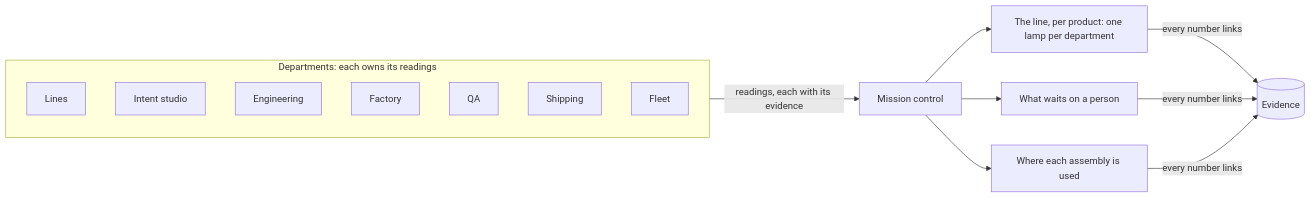
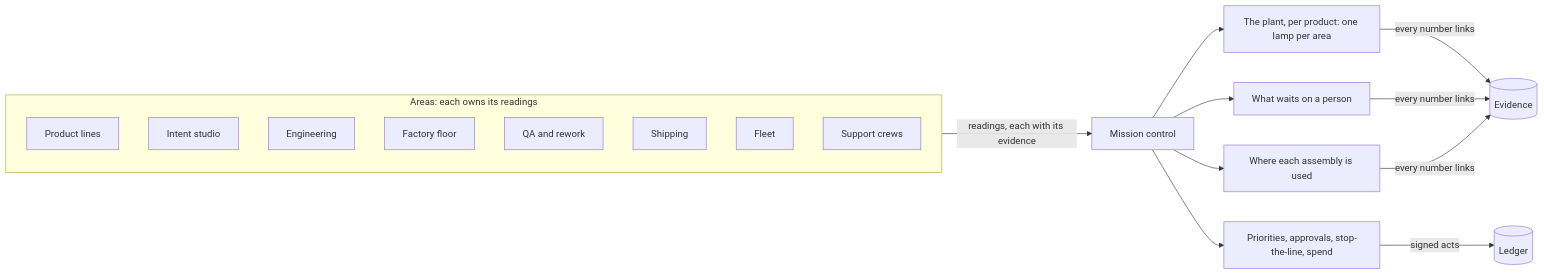
Before and after one commit to russlittle/ZTHR: the second of 4 diagrams in intent/papers/mission-control.md, drawn with Mermaid. The commit also changed other lines of this file and 13 other files, not shown here.

First line of the commit message:
Papers: one plant, thirteen areas in five groups

````diff
--- a/intent/papers/mission-control.md
+++ b/intent/papers/mission-control.md
@@ -23,17 +49,20 @@
 ```mermaid
 flowchart LR
-  subgraph Sources["Departments: each owns its readings"]
-    L[Lines]
+  subgraph Sources["Areas: each owns its readings"]
+    L[Product lines]
     I[Intent studio]
     E[Engineering]
-    F[Factory]
-    Q[QA]
+    F[Factory floor]
+    Q[QA and rework]
     S[Shipping]
     V[Fleet]
+    SUP[Support crews]
   end
   Sources -->|readings, each with its evidence| MC[Mission control]
-  MC --> A[The line, per product: one lamp per department]
+  MC --> A[The plant, per product: one lamp per area]
   MC --> W[What waits on a person]
   MC --> U[Where each assembly is used]
+  MC --> C[Priorities, approvals, stop-the-line, spend]
   A & W & U -->|every number links| EV[(Evidence)]
+  C -->|signed acts| LED[(Ledger)]
 ```
````
